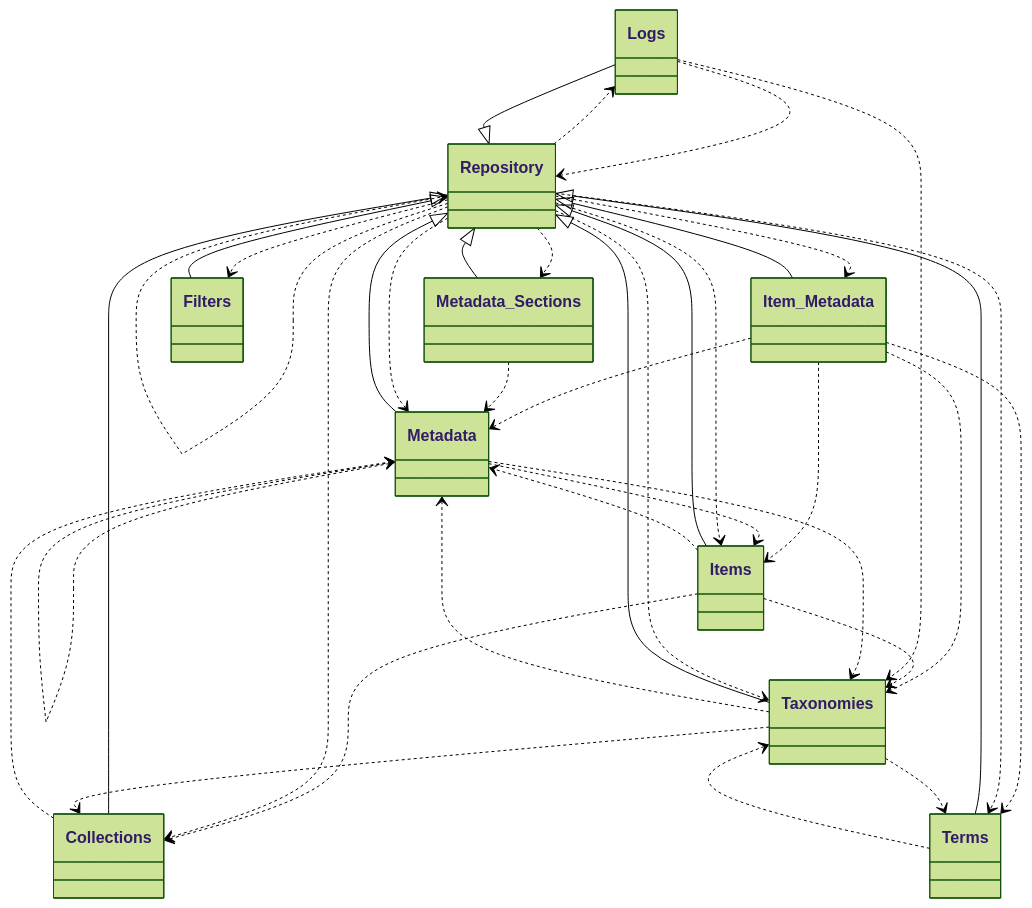
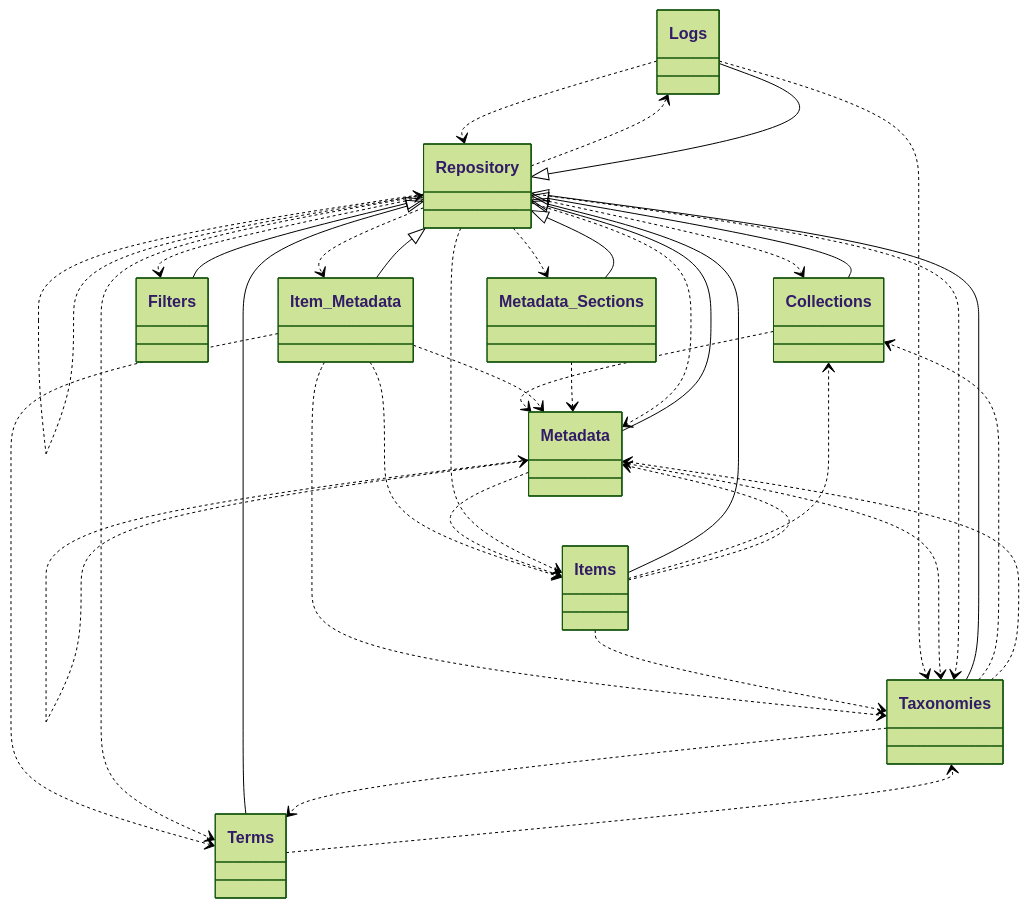
Diagram 12 of 13 in docs/phpdoc/Home.md (tainacan/tainacan), drawn with Mermaid (forest theme) before and after one commit. The commit also changed other lines of this file and 69 other files, not shown here.

````diff
--- a/docs/phpdoc/Home.md
+++ b/docs/phpdoc/Home.md
@@ -717,52 +717,52 @@
 ```mermaid
 classDiagram
     direction TB
+    class Collections { }
+    class Terms { }
     class Metadata_Sections { }
     class Logs { }
+    class Item_Metadata { }
     class Logs { }
-    class Item_Metadata { }
+    class Taxonomies { }
     class Metadata { }
+    class Repository { }
     class Items { }
-    class Collections { }
-    class Repository { }
     class Filters { }
-    class Terms { }
-    class Taxonomies { }
     Collections ..> Metadata
     Item_Metadata ..> Items
     Item_Metadata ..> Metadata
     Item_Metadata ..> Taxonomies
     Item_Metadata ..> Terms
     Items ..> Collections
     Items ..> Metadata
     Items ..> Taxonomies
     Logs ..> Repository
     Logs ..> Taxonomies
     Metadata ..> Items
     Metadata ..> Metadata
     Metadata ..> Taxonomies
     Metadata_Sections ..> Metadata
     Repository ..> Collections
     Repository ..> Filters
     Repository ..> Item_Metadata
     Repository ..> Items
     Repository ..> Logs
     Repository ..> Metadata
     Repository ..> Metadata_Sections
     Repository ..> Repository
     Repository ..> Taxonomies
     Repository ..> Terms
     Repository <|-- Collections
     Repository <|-- Filters
     Repository <|-- Item_Metadata
     Repository <|-- Items
     Repository <|-- Logs
     Repository <|-- Metadata
     Repository <|-- Metadata_Sections
     Repository <|-- Taxonomies
     Repository <|-- Terms
     Taxonomies ..> Collections
     Taxonomies ..> Metadata
     Taxonomies ..> Terms
     Terms ..> Taxonomies
 ```
````
